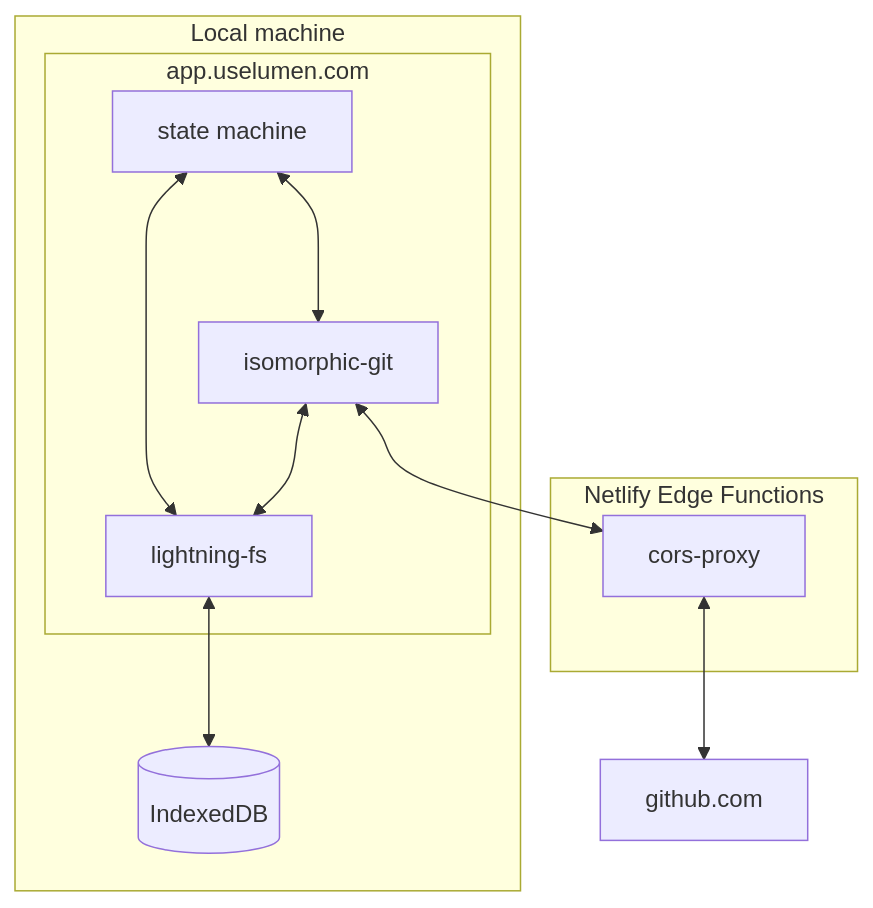
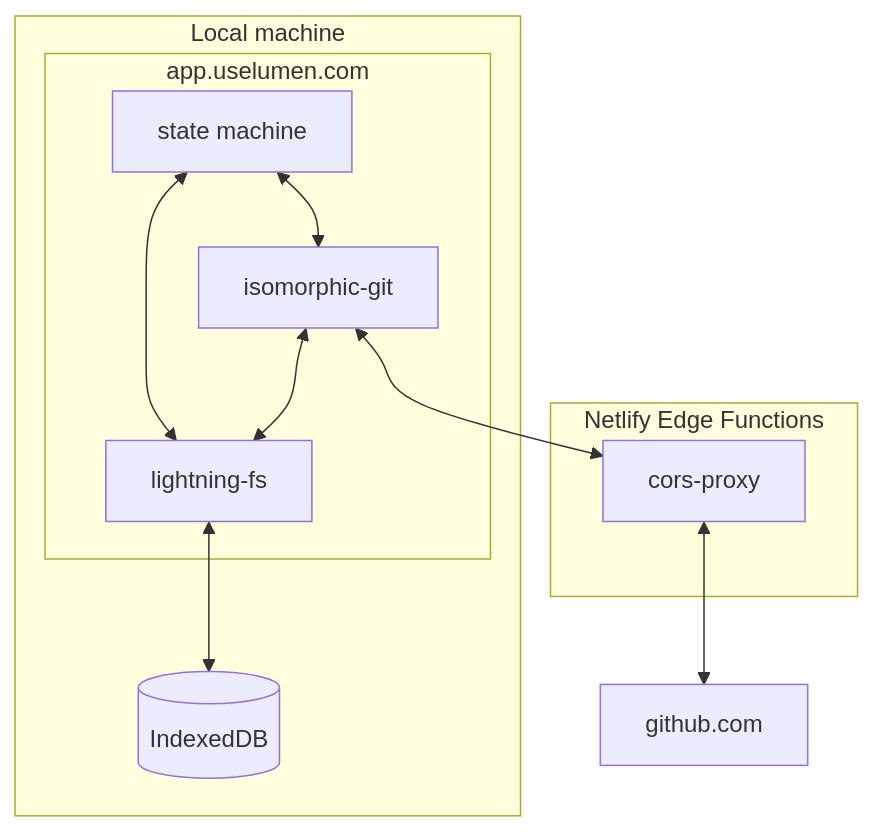
One commit to lumen-notes/lumen changed the diagram in CONTRIBUTING.md. Above: the diagram before and after it, drawn with Mermaid.

````diff
--- a/CONTRIBUTING.md
+++ b/CONTRIBUTING.md
@@ -41,25 +41,25 @@
 ```mermaid
 graph
     subgraph local[Local machine]
       subgraph app.uselumen.com
         state-machine[state machine]
         isomorphic-git
         lightning-fs
       end
 
       indexeddb[(IndexedDB)]
     end
 
     subgraph edge[Netlify Edge Functions]
       cors-proxy
     end
 
     github.com
 
-    state-machine <---> isomorphic-git
-    state-machine <---> lightning-fs
+    state-machine <--> isomorphic-git
+    state-machine <--> lightning-fs
     isomorphic-git <--> lightning-fs
     isomorphic-git <--> cors-proxy
     cors-proxy <--> github.com
     lightning-fs <--> indexeddb
 ```
````
